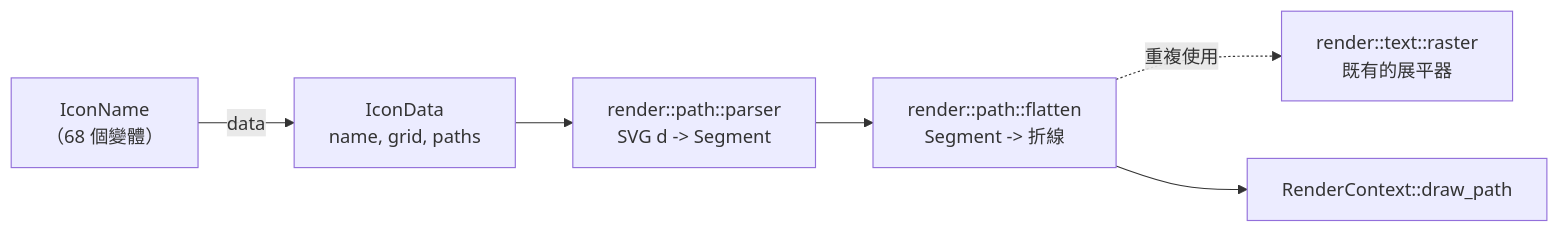
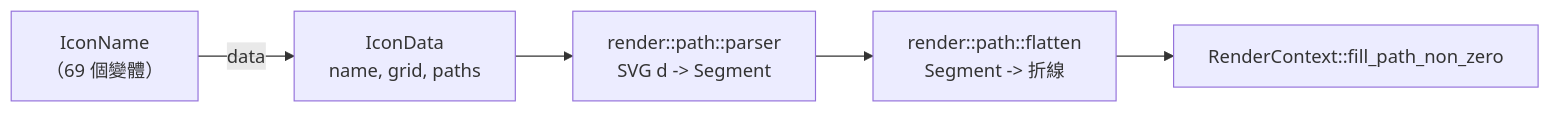
One commit to mikewolfli/rust-widgets changed the sixth of 6 diagrams in cookbook/zh-TW/src/chapters/architecture.md. Above: the diagram before and after it, drawn with Mermaid. The commit also changed other lines of this file and 33 other files, not shown here.

````diff
--- a/cookbook/zh-TW/src/chapters/architecture.md
+++ b/cookbook/zh-TW/src/chapters/architecture.md
@@ -887,15 +887,13 @@
 ```mermaid
 graph LR
-    ENUM["IconName<br/>（68 個變體）"]
+    ENUM["IconName<br/>（69 個變體）"]
     DATA["IconData<br/>name, grid, paths"]
     PARSE["render::path::parser<br/>SVG d -> Segment"]
     FLAT["render::path::flatten<br/>Segment -> 折線"]
-    RAST["render::text::raster<br/>既有的展平器"]
-    FILL["RenderContext::draw_path"]
+    FILL["RenderContext::fill_path_non_zero"]
 
     ENUM -->|data| DATA
     DATA --> PARSE
     PARSE --> FLAT
-    FLAT -.->|重複使用| RAST
     FLAT --> FILL
 ```
````
